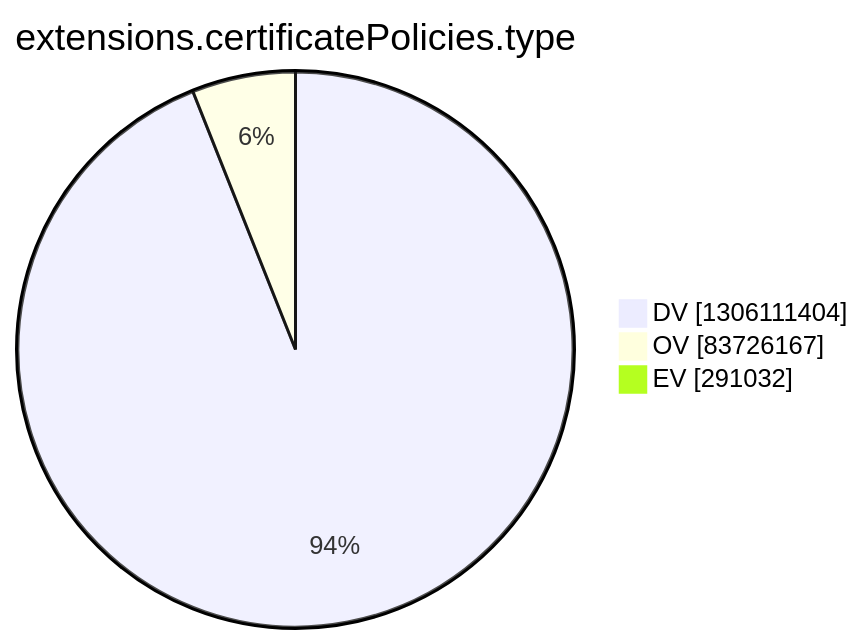
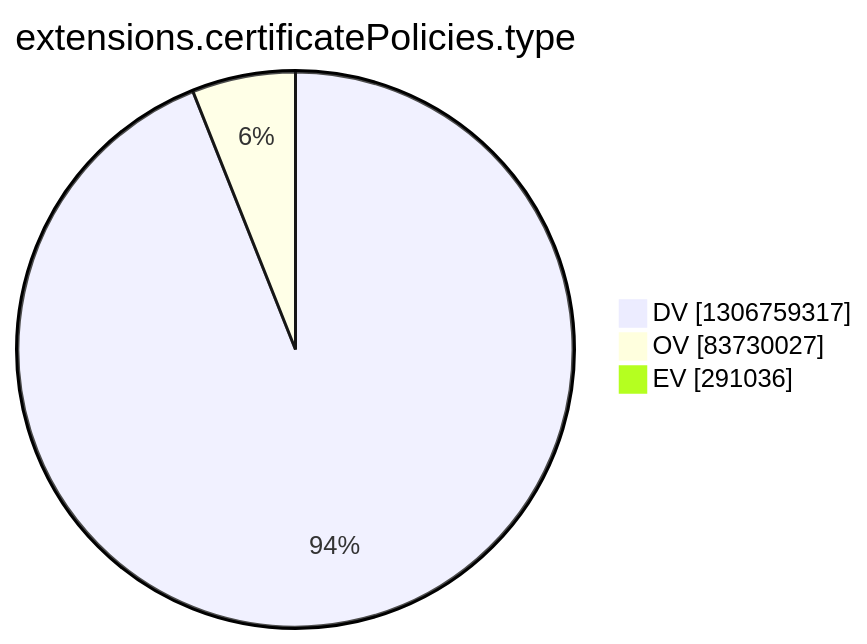
Before and after one commit to christiankrug/ctmonitor_visualization: the tenth of 15 diagrams in argon2022/README.md, drawn with Mermaid. The commit also changed other lines of this file, not shown here.

````diff
--- a/argon2022/README.md
+++ b/argon2022/README.md
@@ -2772,7 +2772,7 @@
 ```mermaid
 pie showData
 title extensions.certificatePolicies.type
-"DV" :1306111404
-"OV" :83726167
-"EV" :291032
+"DV" :1306759317
+"OV" :83730027
+"EV" :291036
 ```
````
